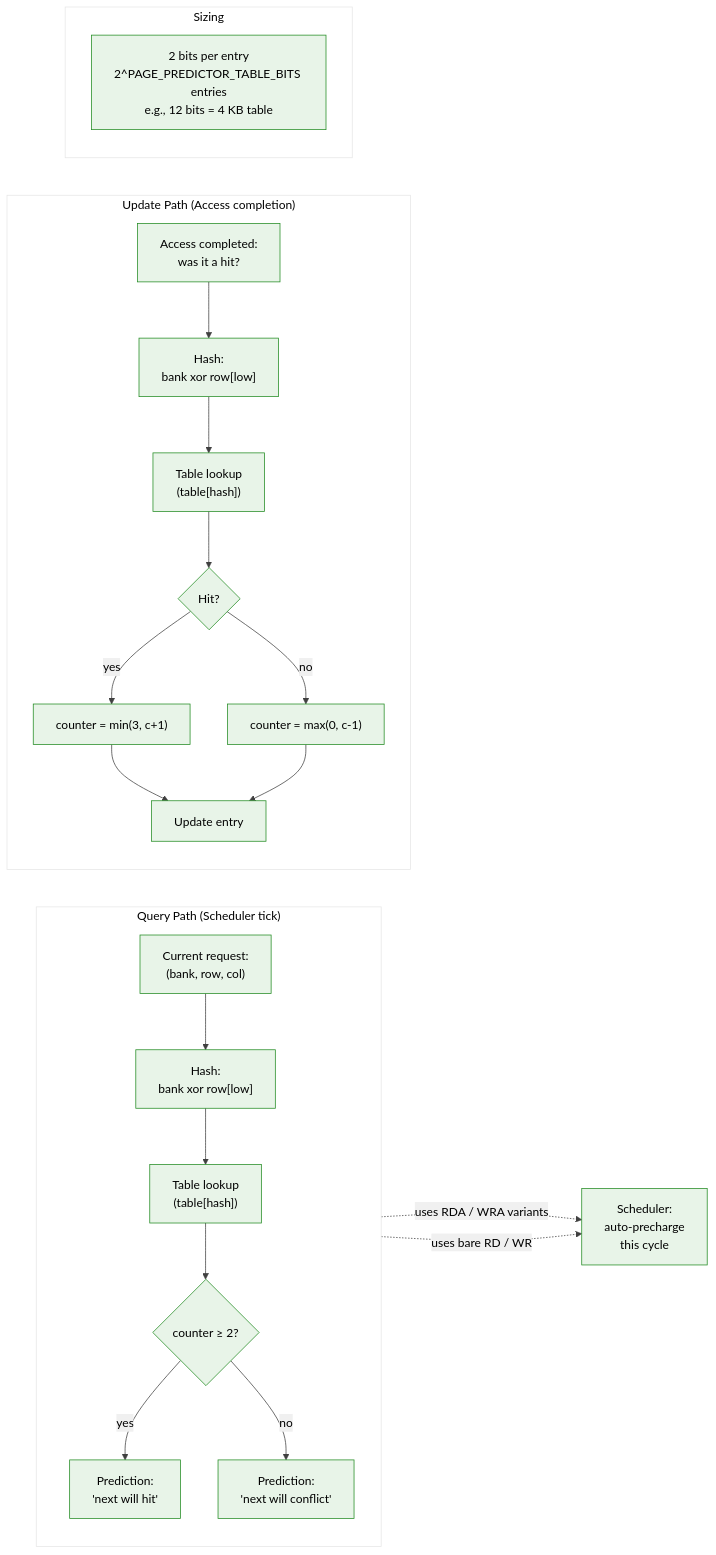
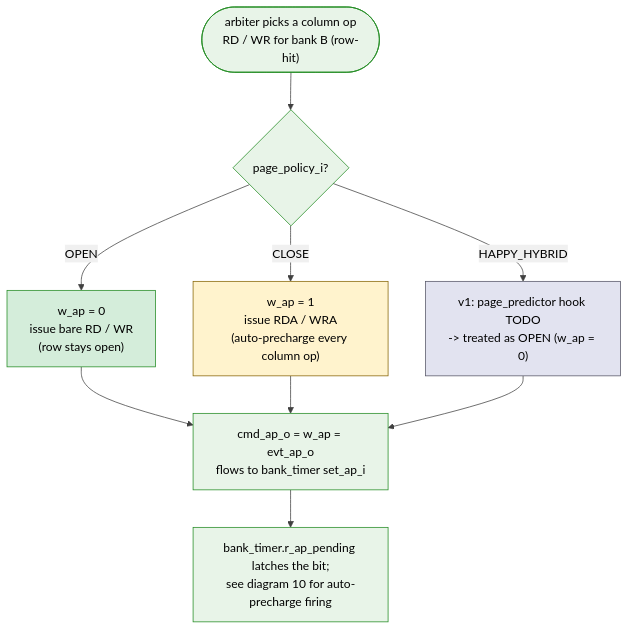
One commit to sean-galloway/RTLDesignSherpa changed the diagram in projects/components/memory-controllers/pumice-ddr2-lpddr2/docs/pumice_has/assets/mermaid/09_happy_predictor.mmd. Above: the diagram before and after it, drawn with Mermaid. The commit also changed 136 other files, not shown here.

First line of the commit message:
docs(pumice): full HAS/MAS sweep — reconcile specs with rearchitected RTL

```diff
--- a/projects/components/memory-controllers/pumice-ddr2-lpddr2/docs/pumice_has/assets/mermaid/09_happy_predictor.mmd
+++ b/projects/components/memory-controllers/pumice-ddr2-lpddr2/docs/pumice_has/assets/mermaid/09_happy_predictor.mmd
@@ -1,43 +1,22 @@
 %%{init: {'theme': 'base', 'themeVariables': { 'primaryColor': '#e8f4e8', 'primaryTextColor': '#000', 'primaryBorderColor': '#228B22', 'lineColor': '#404040', 'secondaryColor': '#f0f0f0', 'tertiaryColor': '#fff'}}}%%
-flowchart LR
-    subgraph QUERY["Query Path (Scheduler tick)"]
-        direction TB
-        req["Current request:<br/>(bank, row, col)"]
-        hash1["Hash:<br/>bank xor row[low]"]
-        tab1["Table lookup<br/>(table[hash])"]
-        pred{"counter &ge; 2?"}
-        out1["Prediction:<br/>'next will hit'"]
-        out2["Prediction:<br/>'next will conflict'"]
+flowchart TD
+    %% RETIRED: standalone page_predictor / happy-hybrid history table.
+    %% The open-page decision is now INLINE in pumice_cmd_arbiter as a single
+    %% ap-bit off page_policy_i. (page_predictor.sv is live but not in the
+    %% default build; HAPPY_HYBRID hook is a TODO -> treated as OPEN in v1.)
+    col(["arbiter picks a column op<br/>RD / WR for bank B (row-hit)"])
+    col --> pol{page_policy_i?}
 
-        req --> hash1
-        hash1 --> tab1
-        tab1 --> pred
-        pred -->|"yes"| out1
-        pred -->|"no"| out2
-    end
+    pol -->|OPEN| open["w_ap = 0<br/>issue bare RD / WR<br/>(row stays open)"]
+    pol -->|CLOSE| close["w_ap = 1<br/>issue RDA / WRA<br/>(auto-precharge every column op)"]
+    pol -->|HAPPY_HYBRID| hybrid["v1: page_predictor hook TODO<br/>-> treated as OPEN (w_ap = 0)"]
 
-    subgraph UPDATE["Update Path (Access completion)"]
-        direction TB
-        done["Access completed:<br/>was it a hit?"]
-        hash2["Hash:<br/>bank xor row[low]"]
-        tab2["Table lookup<br/>(table[hash])"]
-        adj{"Hit?"}
-        inc["counter = min(3, c+1)"]
-        dec["counter = max(0, c-1)"]
-        wr["Update entry"]
+    open --> emit["cmd_ap_o = w_ap = evt_ap_o<br/>flows to bank_timer set_ap_i"]
+    close --> emit
+    hybrid --> emit
 
-        done --> hash2
-        hash2 --> tab2
-        tab2 --> adj
-        adj -->|"yes"| inc
-        adj -->|"no"| dec
-        inc --> wr
-        dec --> wr
-    end
+    emit --> bt["bank_timer.r_ap_pending latches the bit;<br/>see diagram 10 for auto-precharge firing"]
 
-    subgraph PARAM["Sizing"]
-        sz["2 bits per entry<br/>2^PAGE_PREDICTOR_TABLE_BITS entries<br/>e.g., 12 bits = 4 KB table"]
-    end
-
-    out2 -.uses RDA / WRA variants.-> sched["Scheduler:<br/>auto-precharge<br/>this cycle"]
-    out1 -.uses bare RD / WR.-> sched
+    style open fill:#d4edda,stroke:#228B22
+    style close fill:#fff3cd,stroke:#856404
+    style hybrid fill:#e2e3f0,stroke:#556
```
